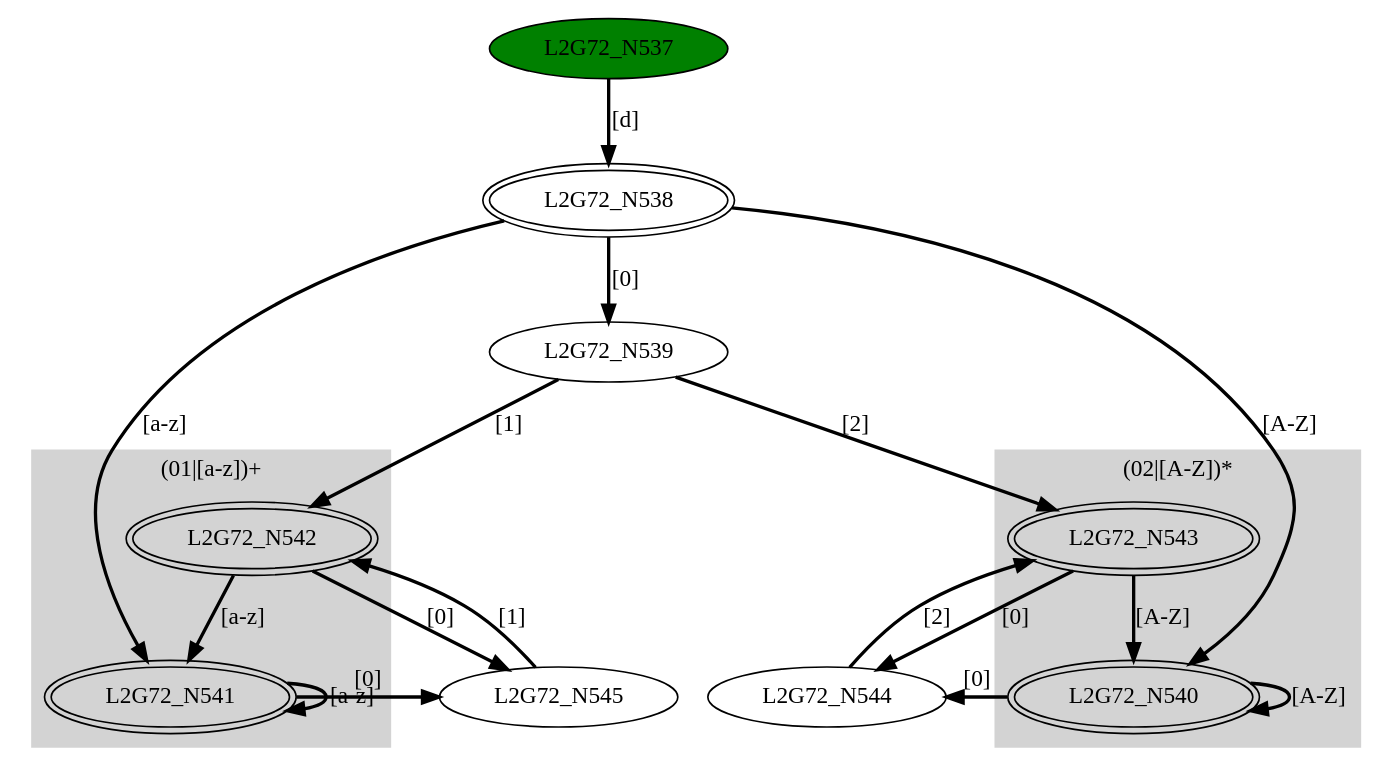
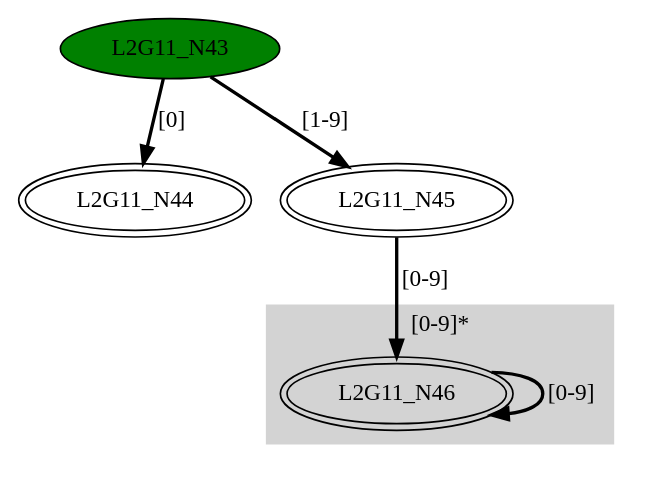
The diagram in DFASimulator/Testbench/mergeDFA2.dot (GDimitroulakos/EDUFLEX), drawn with Graphviz before and after one commit. The commit also changed 72 other files, not shown here.

```diff
--- a/DFASimulator/Testbench/mergeDFA2.dot
+++ b/DFASimulator/Testbench/mergeDFA2.dot
@@ -1,39 +1,16 @@
-digraph G72{
-	subgraph cluster2 {
+digraph G11{
+	subgraph cluster1 {
 		node [style=filled];
 		style=filled;
 		color=lightgrey;
-		label ="(02|[A-Z])*";
-		L2G72_N540;L2G72_N543;
-	}	subgraph cluster1 {
-		node [style=filled];
-		style=filled;
-		color=lightgrey;
-		label ="(01|[a-z])+";
-		L2G72_N541;L2G72_N542;
-	}"L2G72_N537" [style=filled,fillcolor=green];
-"L2G72_N538" [peripheries=2];
-"L2G72_N539";
-"L2G72_N540" [peripheries=2];
-"L2G72_N541" [peripheries=2];
-"L2G72_N542" [peripheries=2];
-"L2G72_N543" [peripheries=2];
-"L2G72_N544";
-"L2G72_N545";
-"L2G72_N537"->"L2G72_N538" [style = bold, label = "[d]"];
-"L2G72_N538"->"L2G72_N539" [style = bold, label = "[0]"];
-"L2G72_N538"->"L2G72_N540" [style = bold, label = "[A-Z]"];
-"L2G72_N538"->"L2G72_N541" [style = bold, label = "[a-z]"];
-"L2G72_N539"->"L2G72_N542" [style = bold, label = "[1]"];
-"L2G72_N539"->"L2G72_N543" [style = bold, label = "[2]"];
-"L2G72_N540"->"L2G72_N544" [style = bold, label = "[0]"];
-"L2G72_N540"->"L2G72_N540" [style = bold, label = "[A-Z]"];
-"L2G72_N541"->"L2G72_N545" [style = bold, label = "[0]"];
-"L2G72_N541"->"L2G72_N541" [style = bold, label = "[a-z]"];
-"L2G72_N542"->"L2G72_N545" [style = bold, label = "[0]"];
-"L2G72_N542"->"L2G72_N541" [style = bold, label = "[a-z]"];
-"L2G72_N543"->"L2G72_N544" [style = bold, label = "[0]"];
-"L2G72_N543"->"L2G72_N540" [style = bold, label = "[A-Z]"];
-"L2G72_N544"->"L2G72_N543" [style = bold, label = "[2]"];
-"L2G72_N545"->"L2G72_N542" [style = bold, label = "[1]"];
+		label ="[0-9]*";
+		L2G11_N46;
+	}"L2G11_N43" [style=filled,fillcolor=green];
+"L2G11_N44" [peripheries=2];
+"L2G11_N45" [peripheries=2];
+"L2G11_N46" [peripheries=2];
+"L2G11_N43"->"L2G11_N44" [style = bold, label = "[0]"];
+"L2G11_N43"->"L2G11_N45" [style = bold, label = "[1-9]"];
+"L2G11_N45"->"L2G11_N46" [style = bold, label = "[0-9]"];
+"L2G11_N46"->"L2G11_N46" [style = bold, label = "[0-9]"];
 }
```
